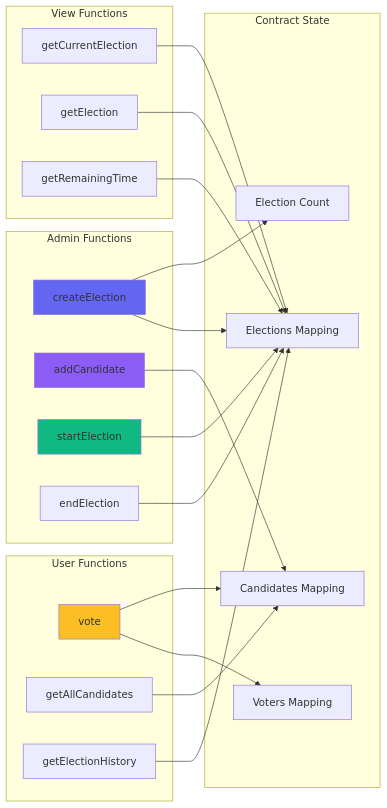
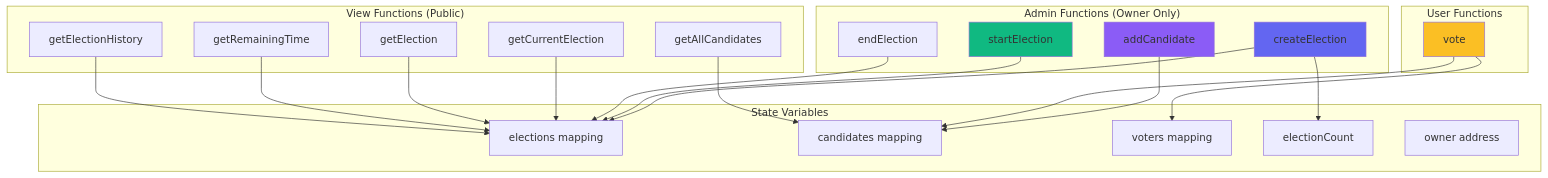
One commit to sivmsrma/E-voting-system-using-Block-Chain-Backend changed the diagram in README.md. Above: the diagram before and after it, drawn with Mermaid. The commit also changed other lines of this file and 9 other files, not shown here.

````diff
--- a/README.md
+++ b/README.md
@@ -49,46 +84,47 @@
 ```mermaid
-graph LR
-    subgraph "Contract State"
-        A[Elections Mapping]
-        B[Candidates Mapping]
-        C[Voters Mapping]
-        D[Election Count]
+graph TB
+    subgraph "State Variables"
+        A[elections mapping]
+        B[candidates mapping]
+        C[voters mapping]
+        D[electionCount]
+        E[owner address]
     end
     
-    subgraph "Admin Functions"
-        E[createElection]
-        F[addCandidate]
-        G[startElection]
-        H[endElection]
+    subgraph "Admin Functions (Owner Only)"
+        F[createElection]
+        G[addCandidate]
+        H[startElection]
+        I[endElection]
     end
     
     subgraph "User Functions"
-        I[vote]
-        J[getAllCandidates]
-        K[getElectionHistory]
+        J[vote]
     end
     
-    subgraph "View Functions"
-        L[getCurrentElection]
-        M[getElection]
+    subgraph "View Functions (Public)"
+        K[getCurrentElection]
+        L[getElection]
+        M[getAllCandidates]
         N[getRemainingTime]
+        O[getElectionHistory]
     end
     
-    E --> A
-    E --> D
-    F --> B
-    G --> A
+    F --> A
+    F --> D
+    G --> B
     H --> A
-    I --> C
-    I --> B
+    I --> A
+    J --> C
     J --> B
     K --> A
     L --> A
-    M --> A
+    M --> B
     N --> A
+    O --> A
     
-    style E fill:#6366f1
-    style F fill:#8b5cf6
-    style G fill:#10b981
-    style I fill:#fbbf24
+    style F fill:#6366f1
+    style G fill:#8b5cf6
+    style H fill:#10b981
+    style J fill:#fbbf24
 ```
````
